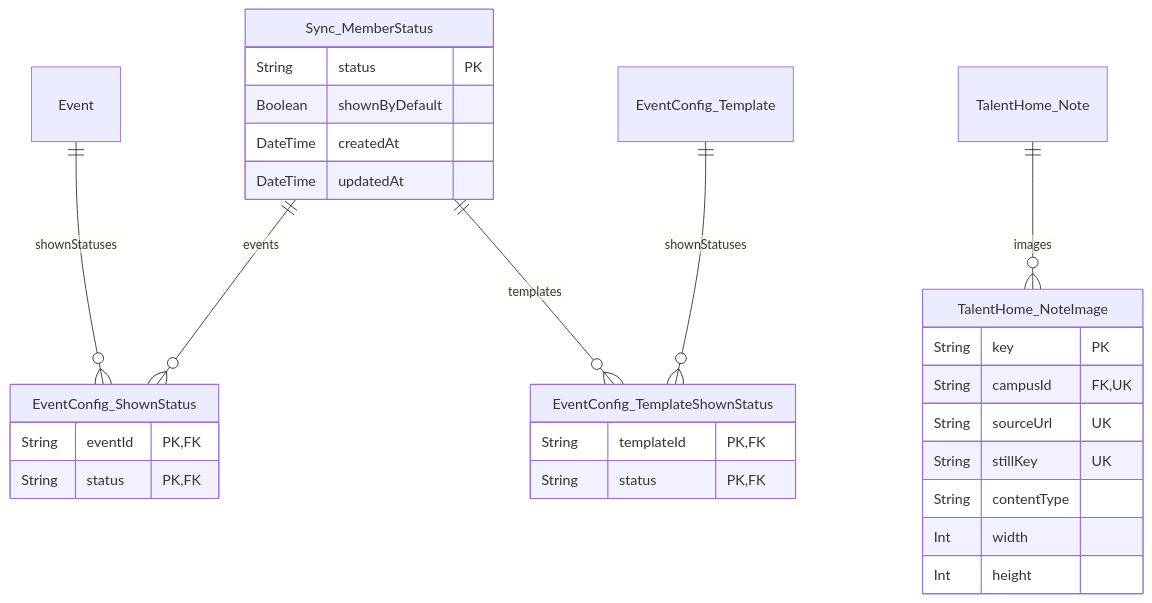
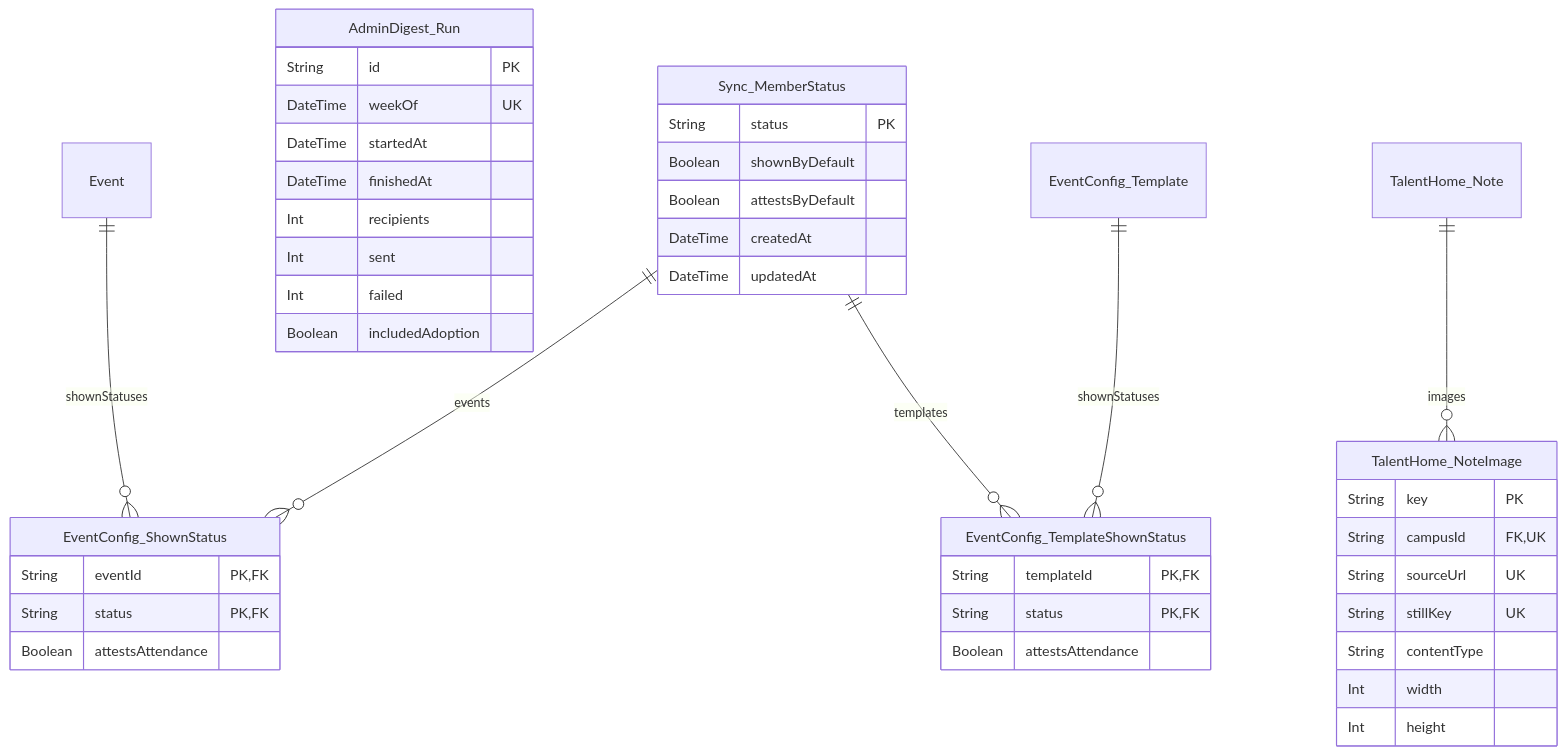
Diagram 13 of 13 in frontend/docs/database.md (Manta-Epitech-Academy/jump), drawn with Mermaid before and after one commit. The commit also changed other lines of this file and 16 other files, not shown here.

````diff
--- a/frontend/docs/database.md
+++ b/frontend/docs/database.md
@@ -1154,37 +1164,50 @@
 ```mermaid
 erDiagram
   TalentHome_NoteImage {
     String key PK
     String campusId FK,UK
     String sourceUrl UK
     String stillKey UK
     String contentType
     Int width
     Int height
   }
   EventConfig_ShownStatus {
     String eventId PK,FK
     String status PK,FK
+    Boolean attestsAttendance
   }
   EventConfig_TemplateShownStatus {
     String templateId PK,FK
     String status PK,FK
+    Boolean attestsAttendance
   }
   Sync_MemberStatus {
     String status PK
     Boolean shownByDefault
+    Boolean attestsByDefault
     DateTime createdAt
     DateTime updatedAt
+  }
+  AdminDigest_Run {
+    String id PK
+    DateTime weekOf UK
+    DateTime startedAt
+    DateTime finishedAt
+    Int recipients
+    Int sent
+    Int failed
+    Boolean includedAdoption
   }
   TalentHome_Note {
   }
   Event {
   }
   EventConfig_Template {
   }
   TalentHome_Note ||--o{ TalentHome_NoteImage : "images"
   Event ||--o{ EventConfig_ShownStatus : "shownStatuses"
   Sync_MemberStatus ||--o{ EventConfig_ShownStatus : "events"
   EventConfig_Template ||--o{ EventConfig_TemplateShownStatus : "shownStatuses"
   Sync_MemberStatus ||--o{ EventConfig_TemplateShownStatus : "templates"
 ```
````
